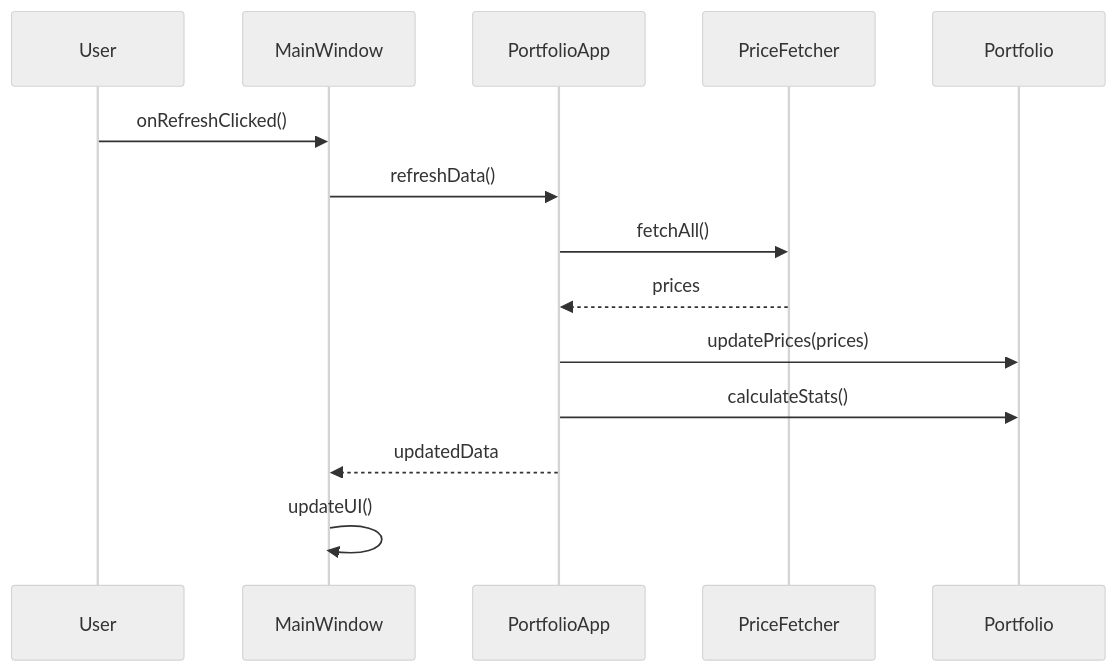
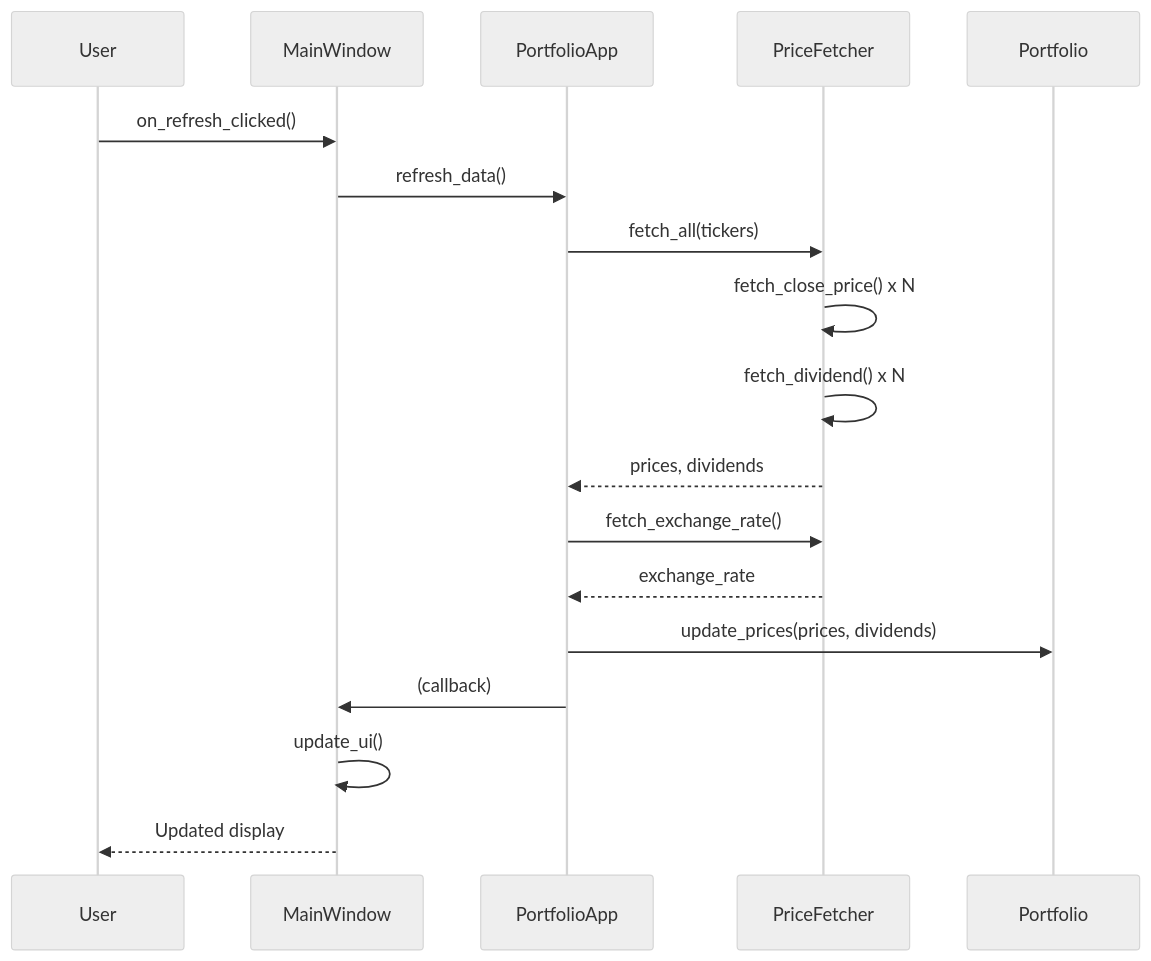
The diagram in doc/architecture/diagrams/sequence_refresh.md (StreoCalibration/DivFlow_1), drawn with Mermaid (neutral theme) before and after one commit. The commit also changed other lines of this file and 7 other files, not shown here.

````diff
--- a/doc/architecture/diagrams/sequence_refresh.md
+++ b/doc/architecture/diagrams/sequence_refresh.md
@@ -2,17 +1,21 @@
 ```mermaid
 sequenceDiagram
     participant User
     participant MainWindow
     participant PortfolioApp
     participant PriceFetcher
     participant Portfolio
 
-    User->>MainWindow: onRefreshClicked()
-    MainWindow->>PortfolioApp: refreshData()
-    PortfolioApp->>PriceFetcher: fetchAll()
-    PriceFetcher-->>PortfolioApp: prices
-    PortfolioApp->>Portfolio: updatePrices(prices)
-    PortfolioApp->>Portfolio: calculateStats()
-    PortfolioApp-->>MainWindow: updatedData
-    MainWindow->>MainWindow: updateUI()
+    User->>MainWindow: on_refresh_clicked()
+    MainWindow->>PortfolioApp: refresh_data()
+    PortfolioApp->>PriceFetcher: fetch_all(tickers)
+    PriceFetcher->>PriceFetcher: fetch_close_price() x N
+    PriceFetcher->>PriceFetcher: fetch_dividend() x N
+    PriceFetcher-->>PortfolioApp: prices, dividends
+    PortfolioApp->>PriceFetcher: fetch_exchange_rate()
+    PriceFetcher-->>PortfolioApp: exchange_rate
+    PortfolioApp->>Portfolio: update_prices(prices, dividends)
+    PortfolioApp->>MainWindow: (callback)
+    MainWindow->>MainWindow: update_ui()
+    MainWindow-->>User: Updated display
 ```
````
